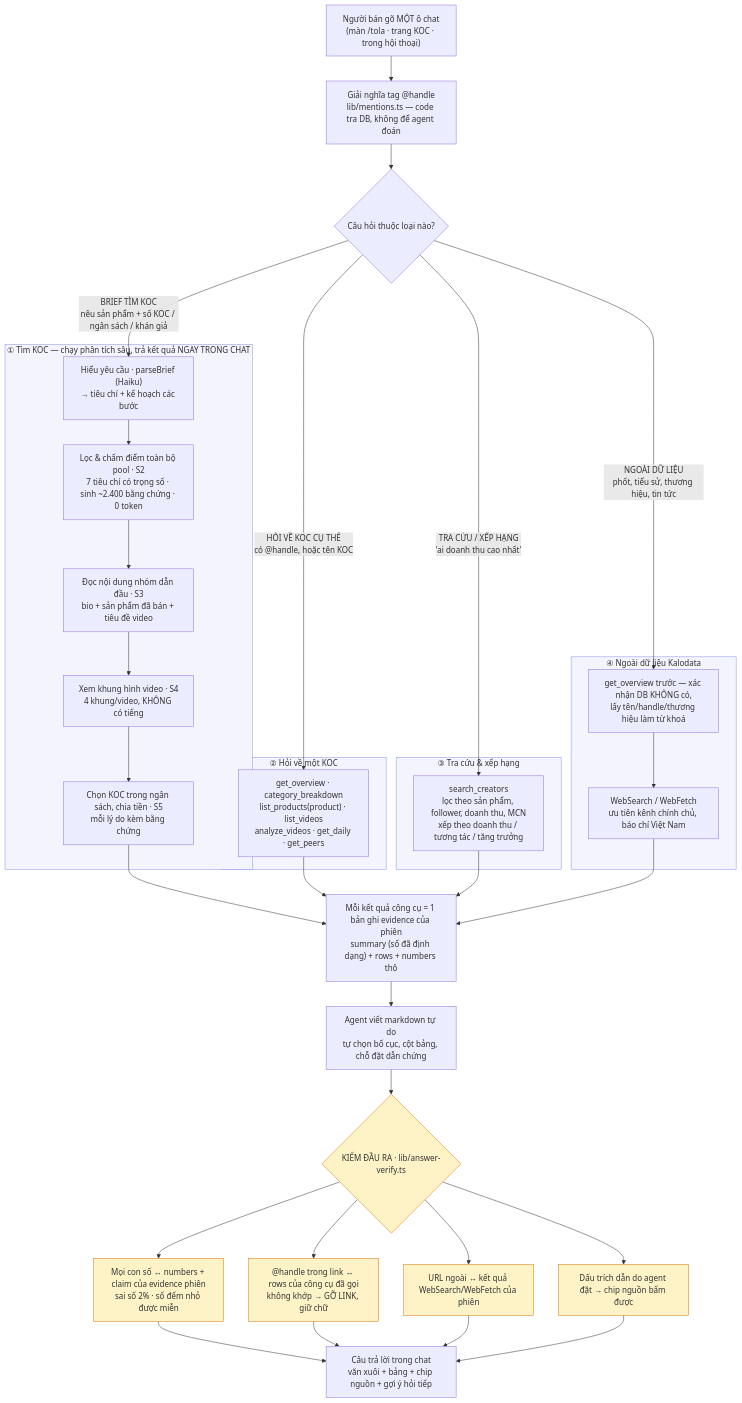
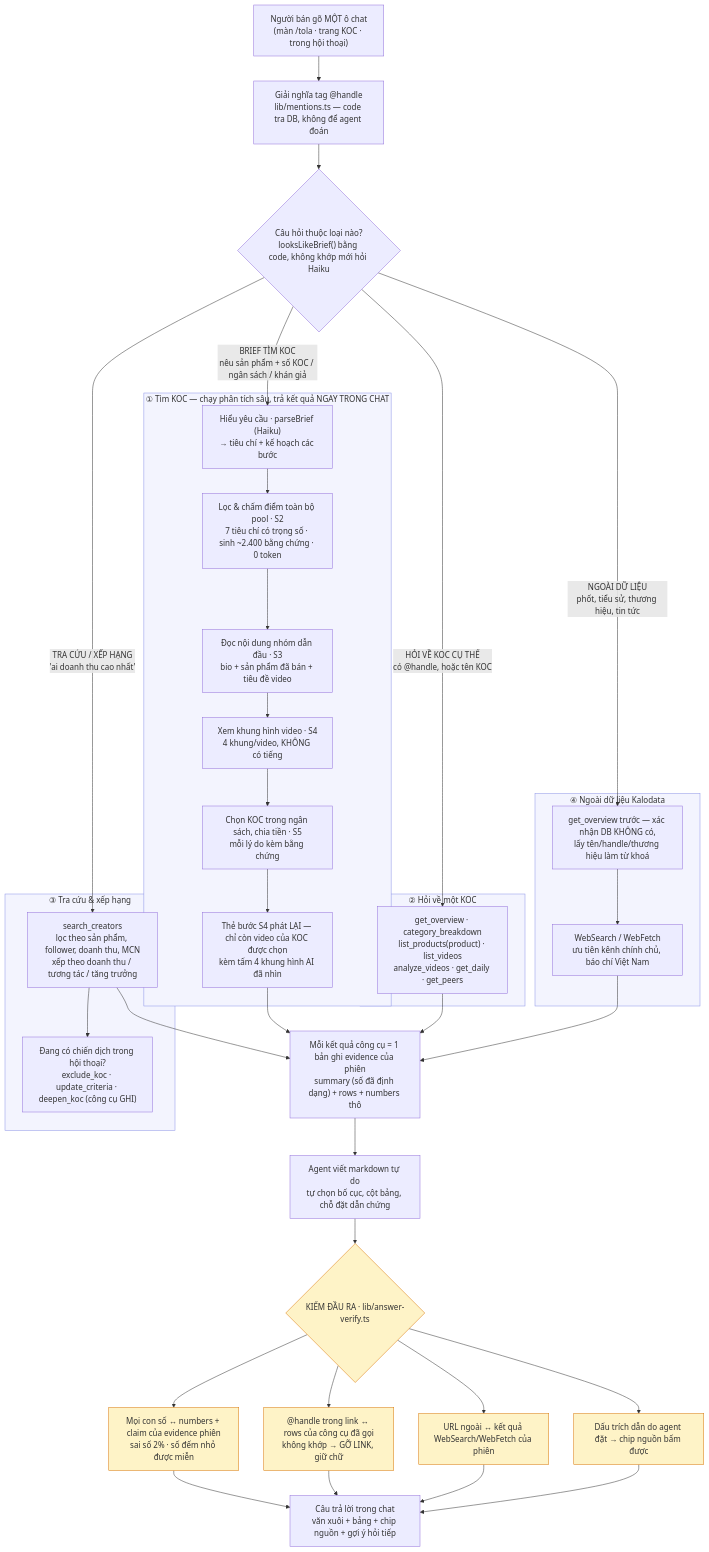
The diagram in docs/diagrams/07-tola.mmd (chungit201/ai-koc-discovery), drawn with Mermaid before and after one commit. The commit also changed 16 other files, not shown here.

```diff
--- a/docs/diagrams/07-tola.mmd
+++ b/docs/diagrams/07-tola.mmd
@@ -1,55 +1,57 @@
 flowchart TD
     IN["Người bán gõ MỘT ô chat<br/>(màn /tola · trang KOC · trong hội thoại)"]
     IN --> MEN["Giải nghĩa tag @handle<br/>lib/mentions.ts — code tra DB, không để agent đoán"]
-    MEN --> R{"Câu hỏi thuộc loại nào?"}
+    MEN --> R{"Câu hỏi thuộc loại nào?<br/>looksLikeBrief() bằng code, không khớp mới hỏi Haiku"}
 
     R -->|"BRIEF TÌM KOC<br/>nêu sản phẩm + số KOC / ngân sách / khán giả"| A1
     R -->|"HỎI VỀ KOC CỤ THỂ<br/>có @handle, hoặc tên KOC"| B1
     R -->|"TRA CỨU / XẾP HẠNG<br/>'ai doanh thu cao nhất'"| C1
     R -->|"NGOÀI DỮ LIỆU<br/>phốt, tiểu sử, thương hiệu, tin tức"| D1
 
     subgraph A ["① Tìm KOC — chạy phân tích sâu, trả kết quả NGAY TRONG CHAT"]
         A1["Hiểu yêu cầu · parseBrief (Haiku)<br/>→ tiêu chí + kế hoạch các bước"]
         A1 --> A2["Lọc & chấm điểm toàn bộ pool · S2<br/>7 tiêu chí có trọng số · sinh ~2.400 bằng chứng · 0 token"]
         A2 --> A3["Đọc nội dung nhóm dẫn đầu · S3<br/>bio + sản phẩm đã bán + tiêu đề video"]
         A3 --> A4["Xem khung hình video · S4<br/>4 khung/video, KHÔNG có tiếng"]
         A4 --> A5["Chọn KOC trong ngân sách, chia tiền · S5<br/>mỗi lý do kèm bằng chứng"]
+        A5 --> A6["Thẻ bước S4 phát LẠI — chỉ còn video của KOC được chọn<br/>kèm tấm 4 khung hình AI đã nhìn"]
     end
 
     subgraph B ["② Hỏi về một KOC"]
         B1["get_overview · category_breakdown<br/>list_products(product) · list_videos<br/>analyze_videos · get_daily · get_peers"]
     end
 
     subgraph C ["③ Tra cứu & xếp hạng"]
         C1["search_creators<br/>lọc theo sản phẩm, follower, doanh thu, MCN<br/>xếp theo doanh thu / tương tác / tăng trưởng"]
+        C1 --> C2["Đang có chiến dịch trong hội thoại?<br/>exclude_koc · update_criteria · deepen_koc (công cụ GHI)"]
     end
 
     subgraph D ["④ Ngoài dữ liệu Kalodata"]
         D1["get_overview trước — xác nhận DB KHÔNG có,<br/>lấy tên/handle/thương hiệu làm từ khoá"]
         D1 --> D2["WebSearch / WebFetch<br/>ưu tiên kênh chính chủ, báo chí Việt Nam"]
     end
 
-    A5 --> EV
+    A6 --> EV
     B1 --> EV
     C1 --> EV
     D2 --> EV
 
     EV["Mỗi kết quả công cụ = 1 bản ghi evidence của phiên<br/>summary (số đã định dạng) + rows + numbers thô"]
     EV --> W["Agent viết markdown tự do<br/>tự chọn bố cục, cột bảng, chỗ đặt dẫn chứng"]
     W --> V{"KIỂM ĐẦU RA · lib/answer-verify.ts"}
 
     V --> V1["Mọi con số ↔ numbers + claim của evidence phiên<br/>sai số 2% · số đếm nhỏ được miễn"]
     V --> V2["@handle trong link ↔ rows của công cụ đã gọi<br/>không khớp → GỠ LINK, giữ chữ"]
     V --> V3["URL ngoài ↔ kết quả WebSearch/WebFetch của phiên"]
     V --> V4["Dấu trích dẫn do agent đặt → chip nguồn bấm được"]
 
     V1 --> OUT
     V2 --> OUT
     V3 --> OUT
     V4 --> OUT
     OUT["Câu trả lời trong chat<br/>văn xuôi + bảng + chip nguồn + gợi ý hỏi tiếp"]
 
     classDef lane fill:#f3f4fe,stroke:#8b93e8
     classDef guard fill:#fef3c7,stroke:#d97706
     class A,B,C,D lane
     class V,V1,V2,V3,V4 guard
```
